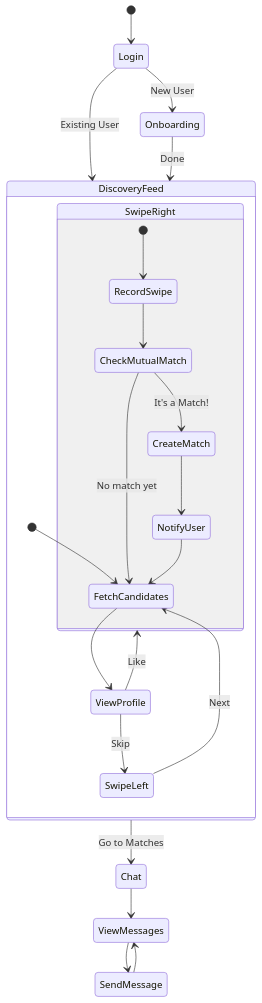
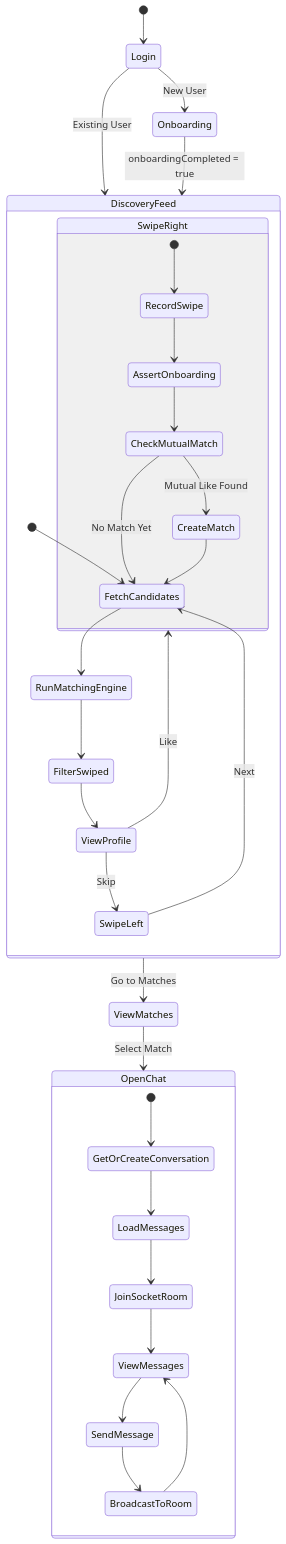
One commit to HardikGenOne/Flately changed the fourth of 5 diagrams in docs/UML_DIAGRAMS.md. Above: the diagram before and after it, drawn with Mermaid. The commit also changed other lines of this file and 32 other files, not shown here.

````diff
--- a/docs/UML_DIAGRAMS.md
+++ b/docs/UML_DIAGRAMS.md
@@ -282,29 +433,41 @@
 ```mermaid
 stateDiagram-v2
     [*] --> Login
     Login --> Onboarding: New User
     Login --> DiscoveryFeed: Existing User
-    Onboarding --> DiscoveryFeed: Done
-    
+    Onboarding --> DiscoveryFeed: onboardingCompleted = true
+
     state DiscoveryFeed {
         [*] --> FetchCandidates
-        FetchCandidates --> ViewProfile
+        FetchCandidates --> RunMatchingEngine
+        RunMatchingEngine --> FilterSwiped
+        FilterSwiped --> ViewProfile
+
         ViewProfile --> SwipeRight: Like
         ViewProfile --> SwipeLeft: Skip
+
         SwipeLeft --> FetchCandidates: Next
-        
+
         state SwipeRight {
             [*] --> RecordSwipe
-            RecordSwipe --> CheckMutualMatch
-            CheckMutualMatch --> CreateMatch: It's a Match!
-            CheckMutualMatch --> FetchCandidates: No match yet
-            CreateMatch --> NotifyUser
-            NotifyUser --> FetchCandidates
+            RecordSwipe --> AssertOnboarding
+            AssertOnboarding --> CheckMutualMatch
+            CheckMutualMatch --> CreateMatch: Mutual Like Found
+            CheckMutualMatch --> FetchCandidates: No Match Yet
+            CreateMatch --> FetchCandidates
         }
     }
-    
-    DiscoveryFeed --> Chat: Go to Matches
-    Chat --> ViewMessages
-    ViewMessages --> SendMessage
-    SendMessage --> ViewMessages
+
+    DiscoveryFeed --> ViewMatches: Go to Matches
+    ViewMatches --> OpenChat: Select Match
+
+    state OpenChat {
+        [*] --> GetOrCreateConversation
+        GetOrCreateConversation --> LoadMessages
+        LoadMessages --> JoinSocketRoom
+        JoinSocketRoom --> ViewMessages
+        ViewMessages --> SendMessage
+        SendMessage --> BroadcastToRoom
+        BroadcastToRoom --> ViewMessages
+    }
 ```
````
